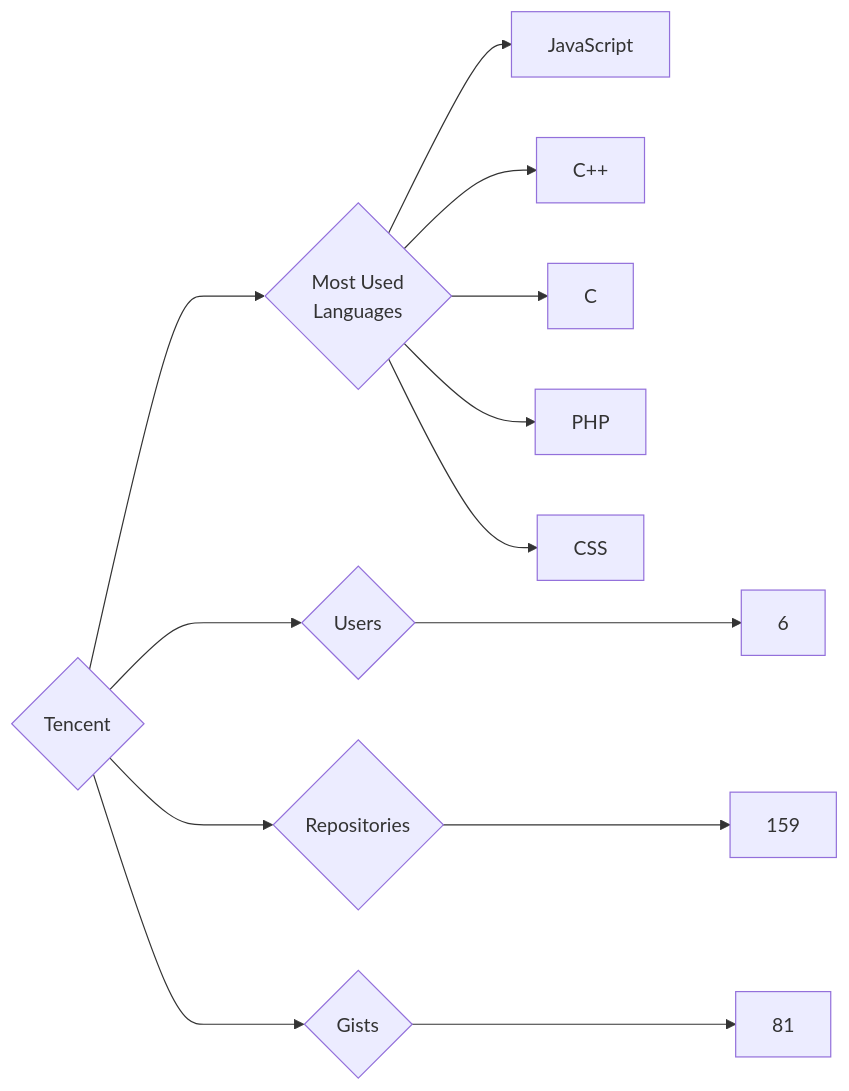
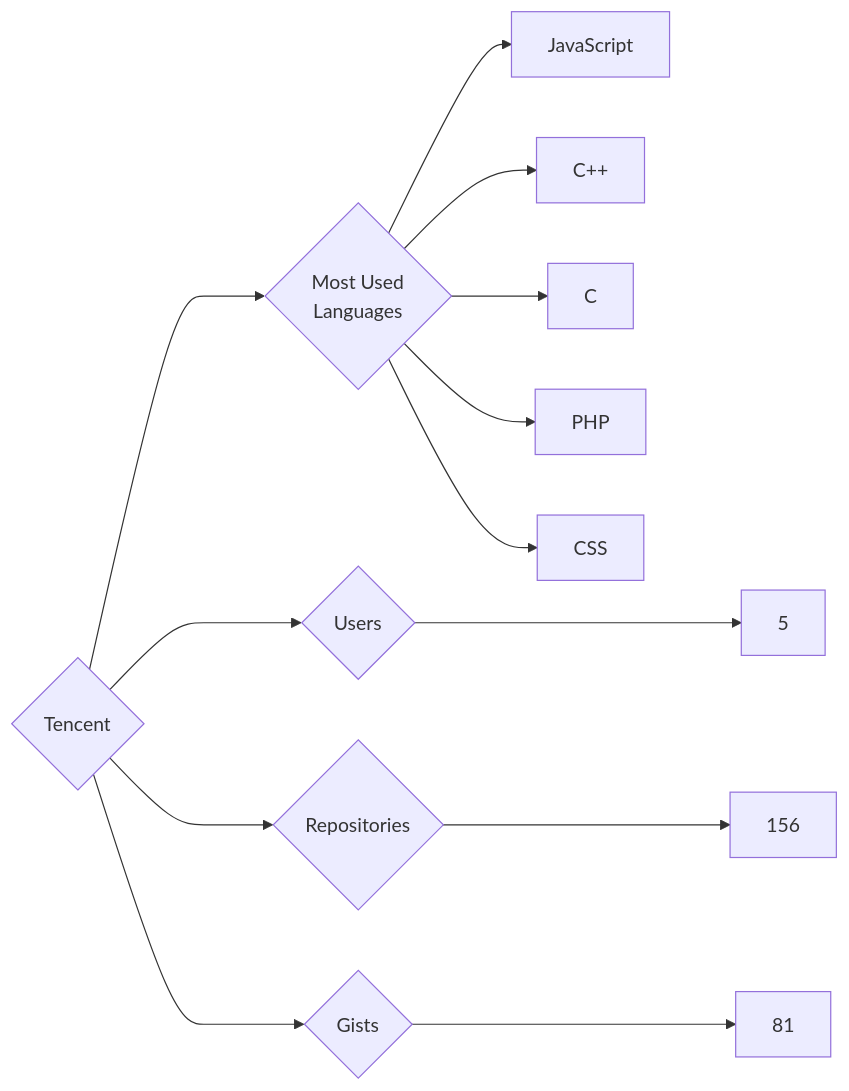
One commit to trickest/insiders changed the diagram in targets/Tencent/README.md. Above: the diagram before and after it, drawn with Mermaid. The commit also changed 677 other files, not shown here.

````diff
--- a/targets/Tencent/README.md
+++ b/targets/Tencent/README.md
@@ -3,13 +3,13 @@
 ```mermaid
 graph LR
 COMPANY_NAME{Tencent}
-COMPANY_NAME ---> U{Users} ---> UN[6]
-COMPANY_NAME ---> R{Repositories} ---> RN[159]
+COMPANY_NAME ---> U{Users} ---> UN[5]
+COMPANY_NAME ---> R{Repositories} ---> RN[156]
 COMPANY_NAME ---> G{Gists} ---> GN[81]
 COMPANY_NAME ---> ML{Most Used<br>Languages}
 ML --> JavaScript[JavaScript]
 ML --> C++[C++]
 ML --> C[C]
 ML --> PHP[PHP]
 ML --> CSS[CSS]
 ```
````
